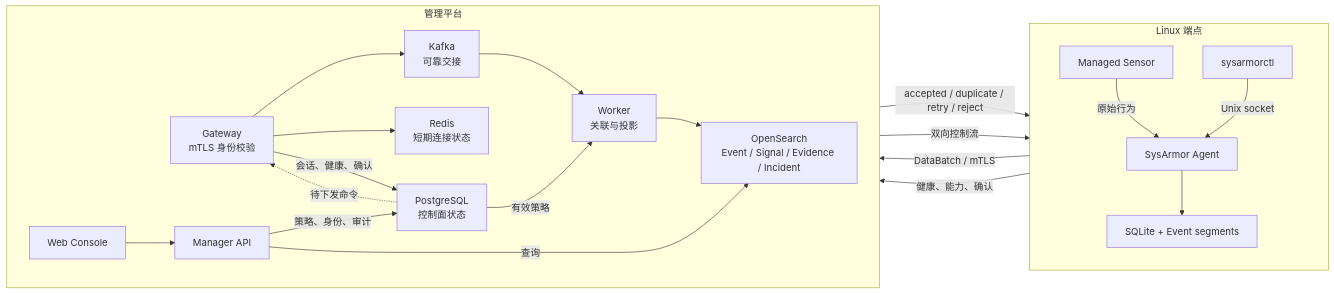
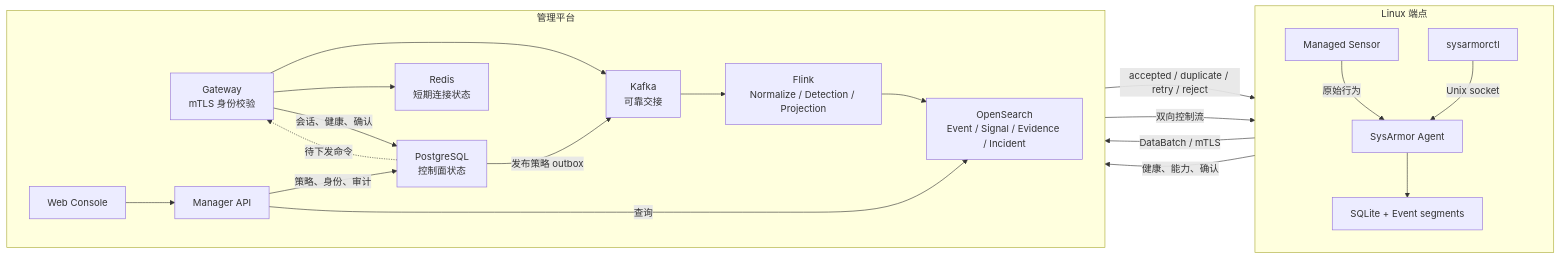
One commit to PKU-ASAL/sysarmor changed the first of 4 diagrams in docs/architecture.md. Above: the diagram before and after it, drawn with Mermaid. The commit also changed other lines of this file, not shown here.

Commit message:
docs(architecture): make Flink the data plane

````diff
--- a/docs/architecture.md
+++ b/docs/architecture.md
@@ -9,28 +9,28 @@
 ```mermaid
 flowchart LR
   subgraph Endpoint["Linux 端点"]
     direction TB
     Sensor["Managed Sensor"] -->|"原始行为"| Agent["SysArmor Agent"]
     CLI["sysarmorctl"] -->|"Unix socket"| Agent
     Agent --> Local["SQLite + Event segments"]
   end
 
   subgraph Platform["管理平台"]
     direction LR
     Gateway["Gateway<br/>mTLS 身份校验"] --> Kafka["Kafka<br/>可靠交接"]
-    Kafka --> Worker["Worker<br/>关联与投影"]
-    Worker --> Search["OpenSearch<br/>Event / Signal / Evidence / Incident"]
+    Kafka --> Flink["Flink<br/>Normalize / Detection / Projection"]
+    Flink --> Search["OpenSearch<br/>Event / Signal / Evidence / Incident"]
     Console["Web Console"] --> Manager["Manager API"]
     Manager -->|"策略、身份、审计"| ControlDB["PostgreSQL<br/>控制面状态"]
     Manager -->|"查询"| Search
-    ControlDB -->|"有效策略"| Worker
+    ControlDB -->|"发布策略 outbox"| Kafka
     Gateway --> Session["Redis<br/>短期连接状态"]
   end
 
   Agent -->|"DataBatch / mTLS"| Gateway
   Gateway -->|"accepted / duplicate / retry / reject"| Agent
   ControlDB -.->|"待下发命令"| Gateway
   Gateway -->|"双向控制流"| Agent
   Agent -->|"健康、能力、确认"| Gateway
   Gateway -->|"会话、健康、确认"| ControlDB
 ```
````
